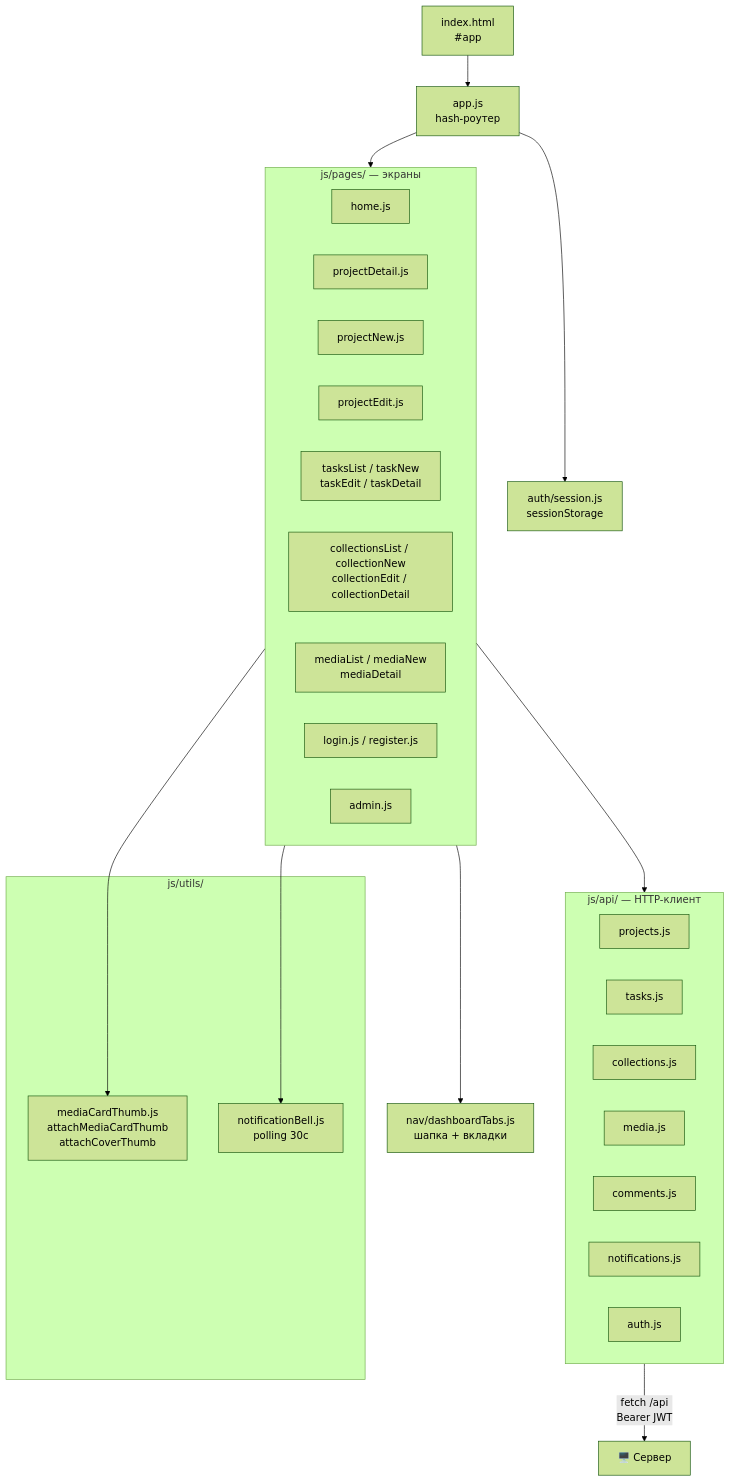
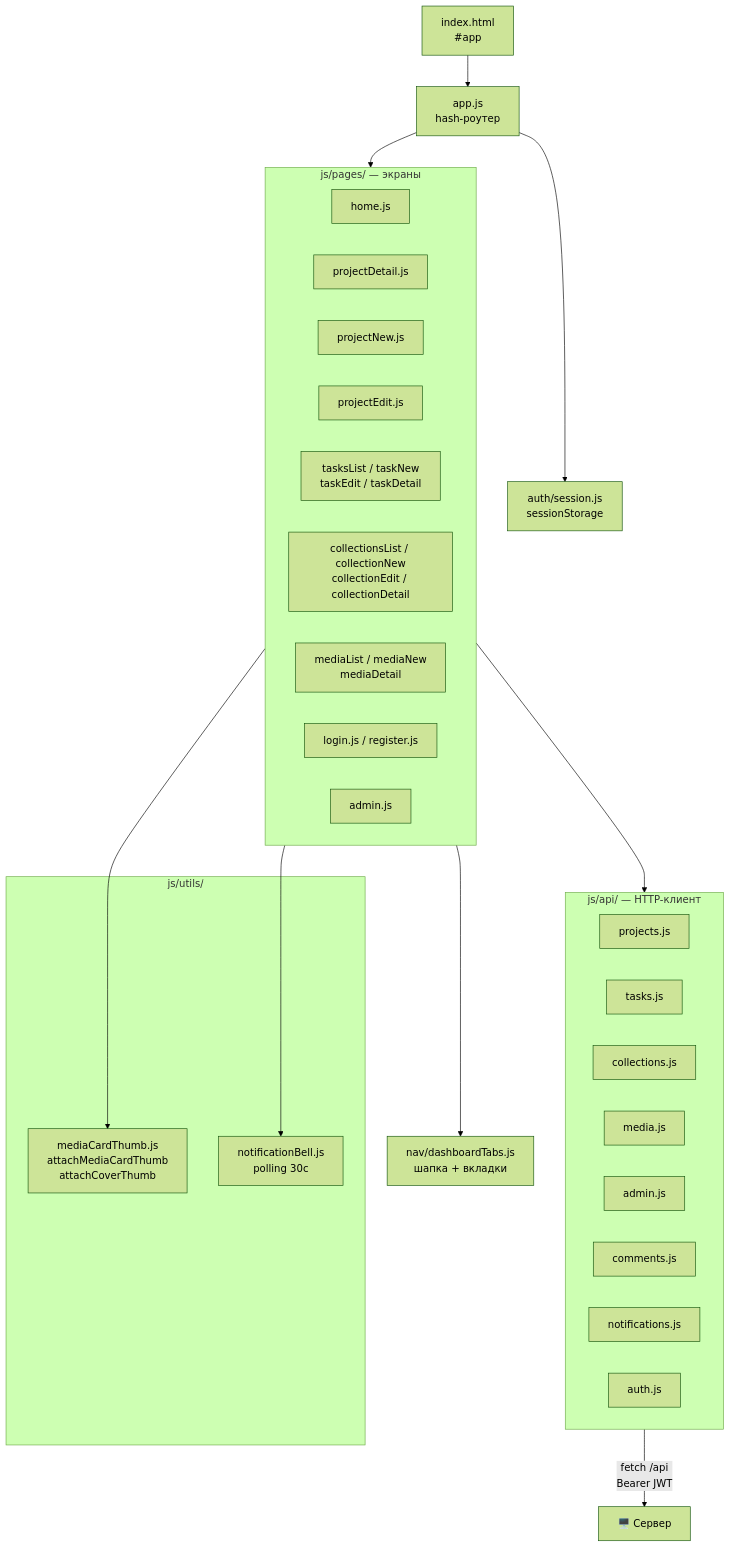
Before and after one commit to eQurane/mox: the fourth of 8 diagrams in report/README.md, drawn with Mermaid (forest theme). The commit also changed other lines of this file and 42 other files, not shown here.

````diff
--- a/report/README.md
+++ b/report/README.md
@@ -257,42 +276,43 @@
 ```mermaid
 graph TD
     HTML["index.html\n#app"] --> AppJS["app.js\nhash-роутер"]
 
     AppJS --> Session["auth/session.js\nsessionStorage"]
     AppJS --> Pages
 
     subgraph Pages["js/pages/ — экраны"]
         Home["home.js"]
         ProjD["projectDetail.js"]
         ProjN["projectNew.js"]
         ProjE["projectEdit.js"]
         Tasks["tasksList / taskNew\ntaskEdit / taskDetail"]
         Colls["collectionsList / collectionNew\ncollectionEdit / collectionDetail"]
         Media["mediaList / mediaNew\nmediaDetail"]
         Auth["login.js / register.js"]
         Admin["admin.js"]
     end
 
     subgraph API["js/api/ — HTTP-клиент"]
         AProj["projects.js"]
         ATasks["tasks.js"]
         AColls["collections.js"]
         AMedia["media.js"]
+        AAdmin["admin.js"]
         AComm["comments.js"]
         ANotif["notifications.js"]
         AAuth["auth.js"]
     end
 
     subgraph Utils["js/utils/"]
         Thumb["mediaCardThumb.js\nattachMediaCardThumb\nattachCoverThumb"]
         Bell["notificationBell.js\npolling 30с"]
     end
 
     Nav["nav/dashboardTabs.js\nшапка + вкладки"]
 
     Pages --> API
     Pages --> Thumb
     Pages --> Bell
     Pages --> Nav
     API -- "fetch /api\nBearer JWT" --> Backend["🖥️ Сервер"]
 ```
````
